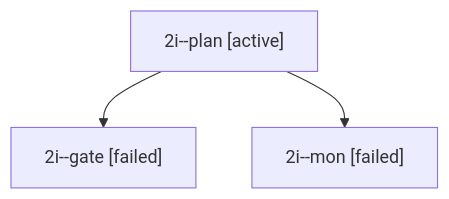
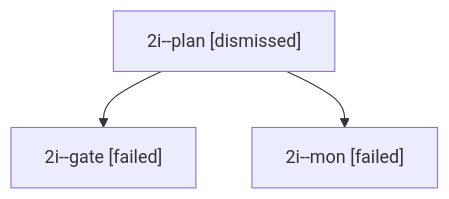
Before and after one commit to bobs-org/bob-cli--agents: the diagram in sessions/bbugyi200.apollo.2i.md, drawn with Mermaid. The commit also changed other lines of this file and 23 other files, not shown here.

````diff
--- a/sessions/bbugyi200.apollo.2i.md
+++ b/sessions/bbugyi200.apollo.2i.md
@@ -9,8 +9,8 @@
 ```mermaid
 flowchart TD
-  n0["2i--plan [active]"]
+  n0["2i--plan [dismissed]"]
   n1["2i--gate [failed]"]
   n0 --> n1
   n2["2i--mon [failed]"]
   n0 --> n2
 ```
````
